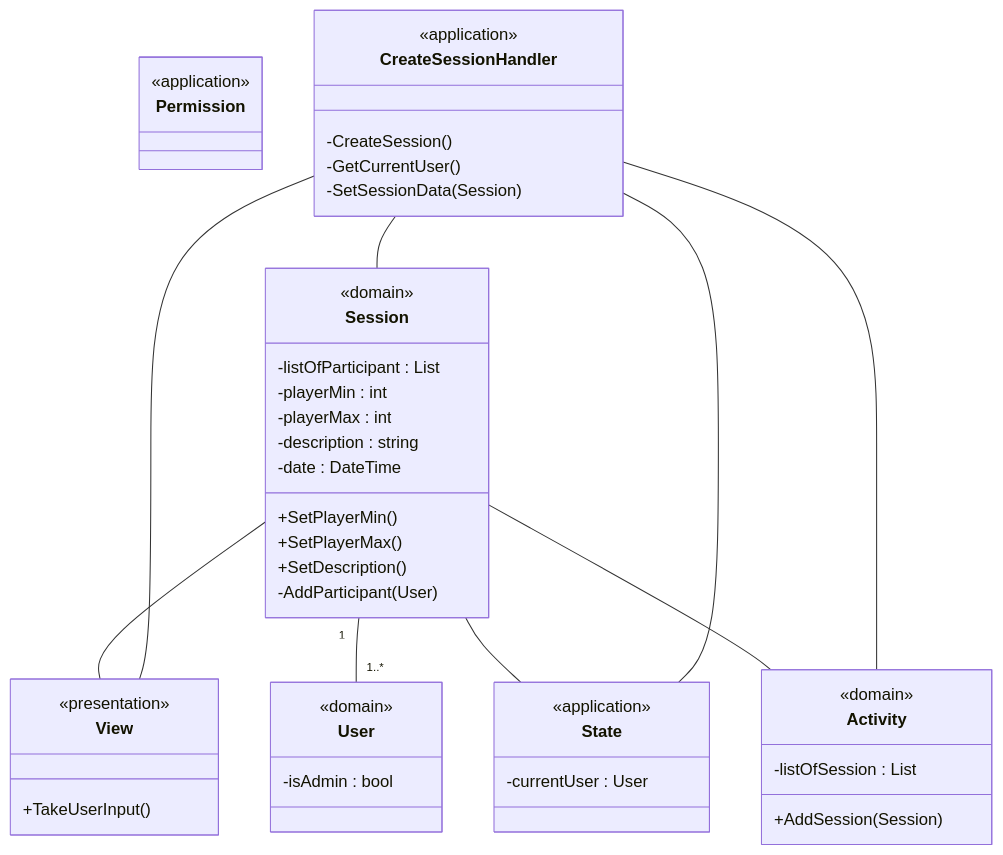
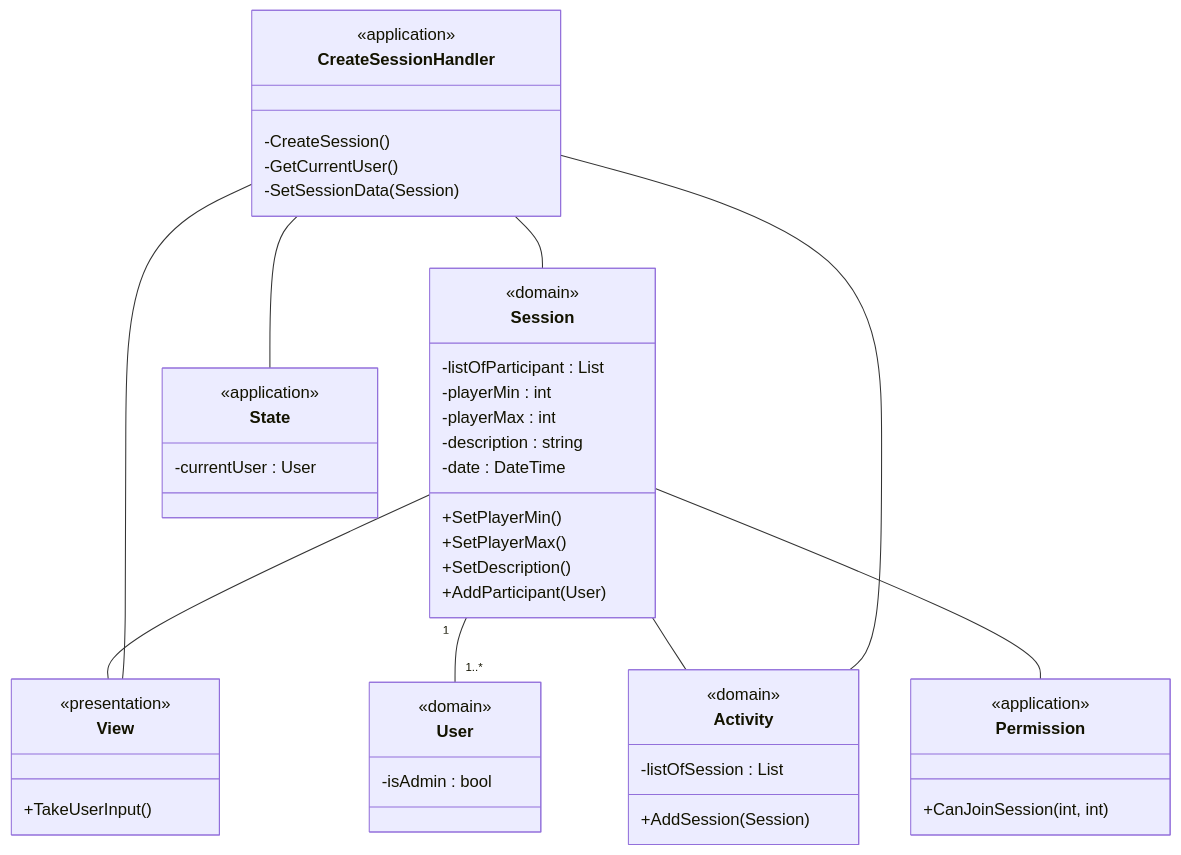
One commit to MatiasHeiberg/1.semesterprojekt changed the fourth of 4 diagrams in 02 notes/Klassediagram.md. Above: the diagram before and after it, drawn with Mermaid. The commit also changed 1 other file, not shown here.

Commit message:
Diagrammer use case 2

````diff
--- a/02 notes/Klassediagram.md
+++ b/02 notes/Klassediagram.md
@@ -130,62 +130,63 @@
 ```mermaid
 classDiagram
 
 %% Class definitions
 class Session {
 	<<domain>>
     -listOfParticipant : List<User>
 	-playerMin : int 
 	-playerMax : int
 	-description : string
 	-date : DateTime
 	
 	+SetPlayerMin()
 	+SetPlayerMax()
 	+SetDescription()
-	-AddParticipant(User)
+	+AddParticipant(User)
 	
 	
 }
 class User {
 	<<domain>>
 	-isAdmin : bool
 	
 }
 class State {
 	<<application>>
 	-currentUser : User
 }
 %% Serviceklasse til at håndtere rettigheds kald i systemmet.
 class Permission {
 	<<application>>
+	+CanJoinSession(int, int)
 }
 
 class View {
 	<<presentation>> 
 	+TakeUserInput()
 }
 class Activity {
 	<<domain>>
 	-listOfSession : List<Session>
 	
 	+AddSession(Session)
 }
 class CreateSessionHandler{
 	<<application>>
 	-CreateSession()
 	-GetCurrentUser()
 	-SetSessionData(Session)
 }
 %% Class relationships
 Session "1" -- "1..*" User
 Session -- View
-Session -- State
 Session -- Activity
+Session -- Permission
 CreateSessionHandler -- View
 CreateSessionHandler -- Session
 CreateSessionHandler -- State
 CreateSessionHandler -- Activity
 
 
 
 ```
````
